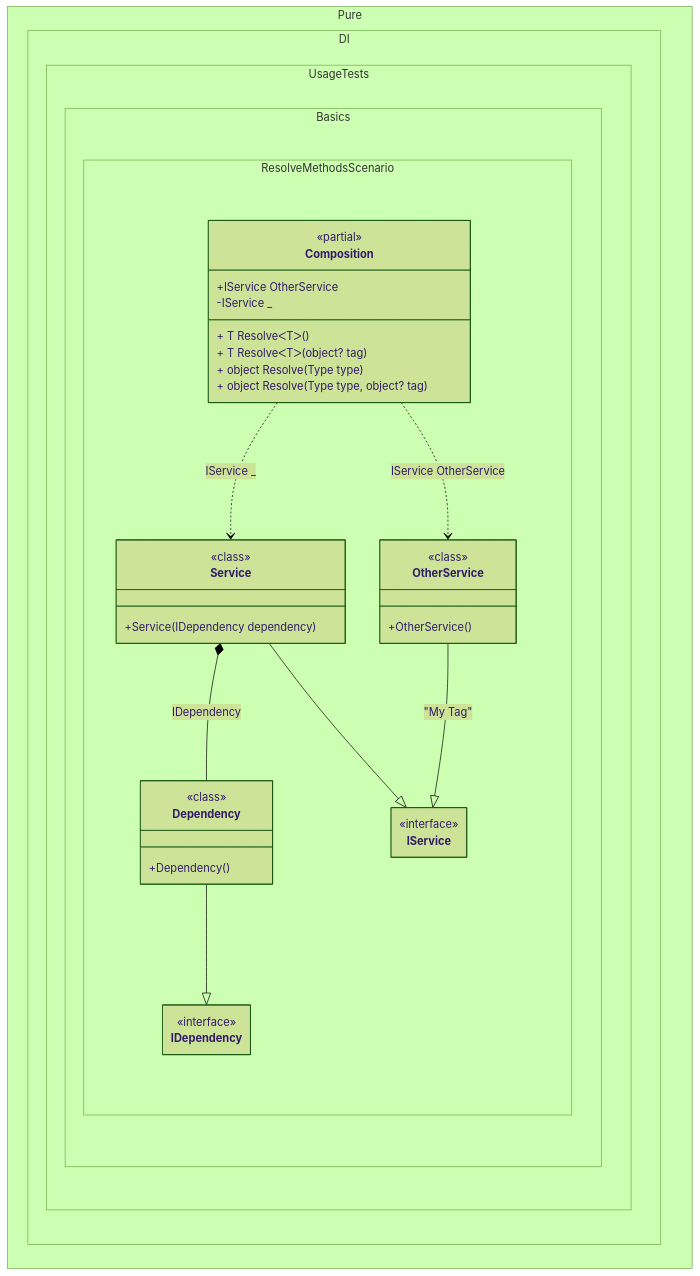
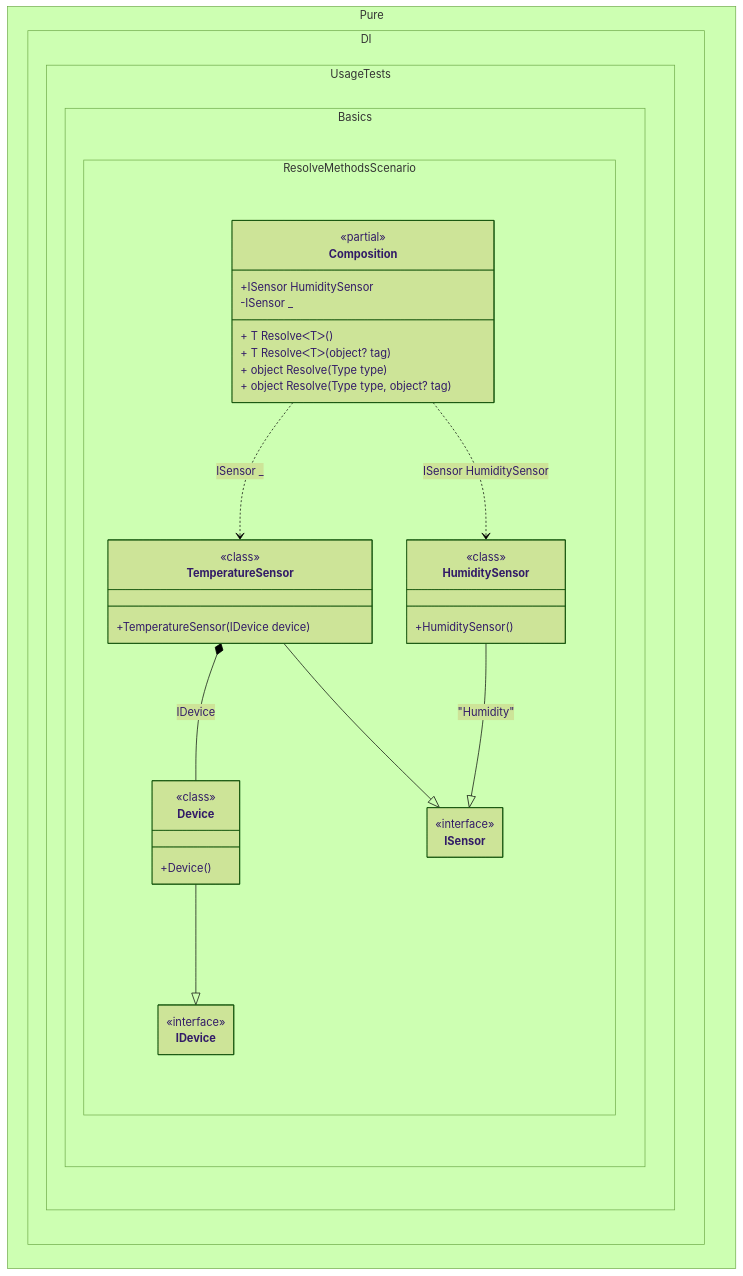
One commit to DevTeam/Pure.DI changed the diagram in readme/resolve-methods.md. Above: the diagram before and after it, drawn with Mermaid (forest theme). The commit also changed other lines of this file and 126 other files, not shown here.

````diff
--- a/readme/resolve-methods.md
+++ b/readme/resolve-methods.md
@@ -229,45 +229,45 @@
 ```mermaid
 ---
  config:
   maxTextSize: 2147483647
   maxEdges: 2147483647
   class:
    hideEmptyMembersBox: true
 ---
 classDiagram
-	Dependency --|> IDependency
-	Service --|> IService
-	OtherService --|> IService : "My Tag" 
-	Composition ..> OtherService : IService OtherService
-	Composition ..> Service : IService _
-	Service *--  Dependency : IDependency
+	Device --|> IDevice
+	TemperatureSensor --|> ISensor
+	HumiditySensor --|> ISensor : "Humidity" 
+	Composition ..> HumiditySensor : ISensor HumiditySensor
+	Composition ..> TemperatureSensor : ISensor _
+	TemperatureSensor *--  Device : IDevice
 	namespace Pure.DI.UsageTests.Basics.ResolveMethodsScenario {
 		class Composition {
 		<<partial>>
-		+IService OtherService
-		-IService _
+		+ISensor HumiditySensor
+		-ISensor _
 		+ T ResolveᐸTᐳ()
 		+ T ResolveᐸTᐳ(object? tag)
 		+ object Resolve(Type type)
 		+ object Resolve(Type type, object? tag)
 		}
-		class Dependency {
+		class Device {
 				<<class>>
-			+Dependency()
+			+Device()
 		}
-		class IDependency {
+		class HumiditySensor {
+				<<class>>
+			+HumiditySensor()
+		}
+		class IDevice {
 			<<interface>>
 		}
-		class IService {
+		class ISensor {
 			<<interface>>
 		}
-		class OtherService {
+		class TemperatureSensor {
 				<<class>>
-			+OtherService()
-		}
-		class Service {
-				<<class>>
-			+Service(IDependency dependency)
+			+TemperatureSensor(IDevice device)
 		}
 	}
 ```
````
